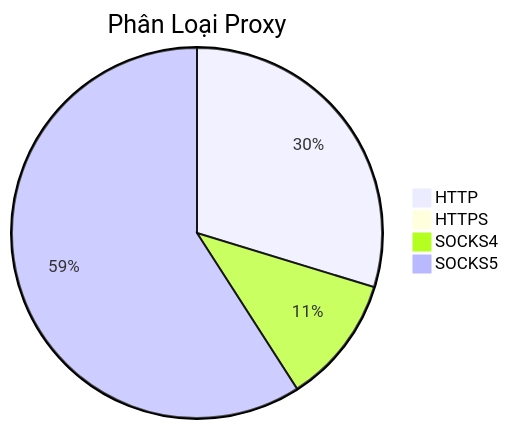
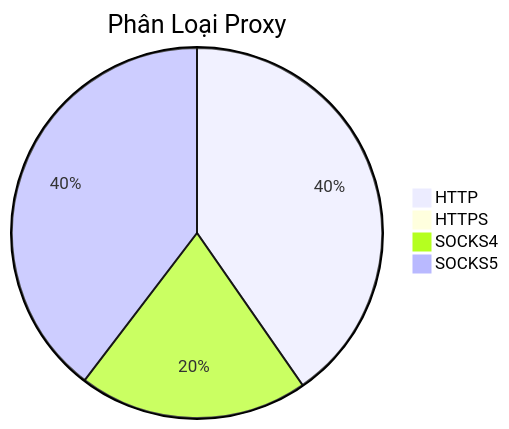
One commit to Ciara-12/PROXY-free changed the diagram in README.md. Above: the diagram before and after it, drawn with Mermaid. The commit also changed other lines of this file and 3 other files, not shown here.

````diff
--- a/README.md
+++ b/README.md
@@ -26,7 +26,7 @@
 ```mermaid
 pie title Phân Loại Proxy
-    "HTTP" : 839
+    "HTTP" : 731
     "HTTPS" : 0
-    "SOCKS4" : 316
-    "SOCKS5" : 1668
+    "SOCKS4" : 363
+    "SOCKS5" : 718
 ```
````
